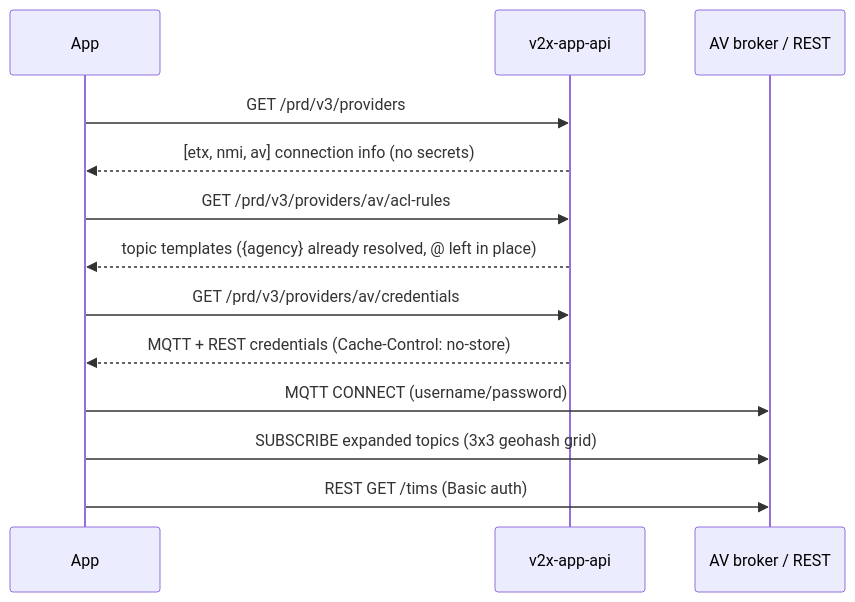
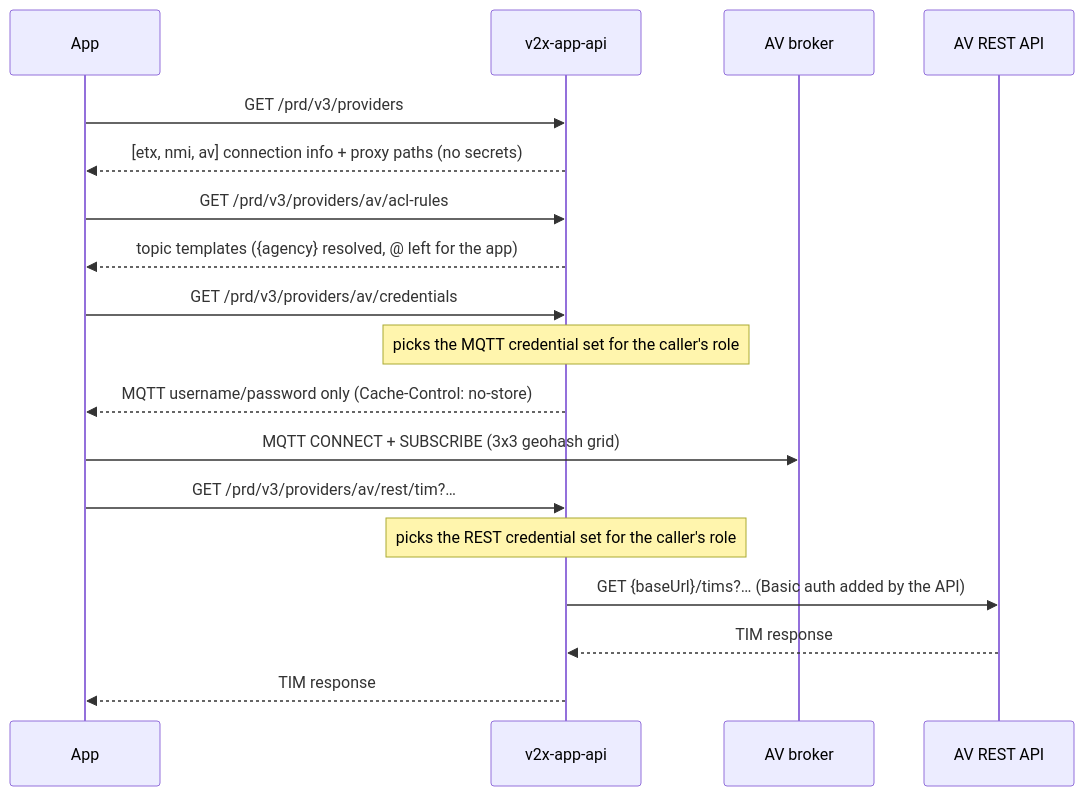
Before and after one commit to usdot-fhwa-stol/v2x-app-api: the second of 3 diagrams in docs/design/mqtt-providers.md, drawn with Mermaid. The commit also changed other lines of this file, not shown here.

First line of the commit message:
Update MQTT provider design with review decisions

````diff
--- a/docs/design/mqtt-providers.md
+++ b/docs/design/mqtt-providers.md
@@ -90,15 +98,20 @@
 ```mermaid
 sequenceDiagram
     participant App
     participant API as v2x-app-api
-    participant AV as AV broker / REST
+    participant AVB as AV broker
+    participant AVR as AV REST API
     App->>API: GET /prd/v3/providers
-    API-->>App: [etx, nmi, av] connection info (no secrets)
+    API-->>App: [etx, nmi, av] connection info + proxy paths (no secrets)
     App->>API: GET /prd/v3/providers/av/acl-rules
-    API-->>App: topic templates ({agency} already resolved, @ left in place)
+    API-->>App: topic templates ({agency} resolved, @ left for the app)
     App->>API: GET /prd/v3/providers/av/credentials
-    API-->>App: MQTT + REST credentials (Cache-Control: no-store)
-    App->>AV: MQTT CONNECT (username/password)
-    App->>AV: SUBSCRIBE expanded topics (3x3 geohash grid)
-    App->>AV: REST GET /tims (Basic auth)
+    Note over API: picks the MQTT credential set for the caller's role
+    API-->>App: MQTT username/password only (Cache-Control: no-store)
+    App->>AVB: MQTT CONNECT + SUBSCRIBE (3x3 geohash grid)
+    App->>API: GET /prd/v3/providers/av/rest/tim?…
+    Note over API: picks the REST credential set for the caller's role
+    API->>AVR: GET {baseUrl}/tims?… (Basic auth added by the API)
+    AVR-->>API: TIM response
+    API-->>App: TIM response
 ```
````
